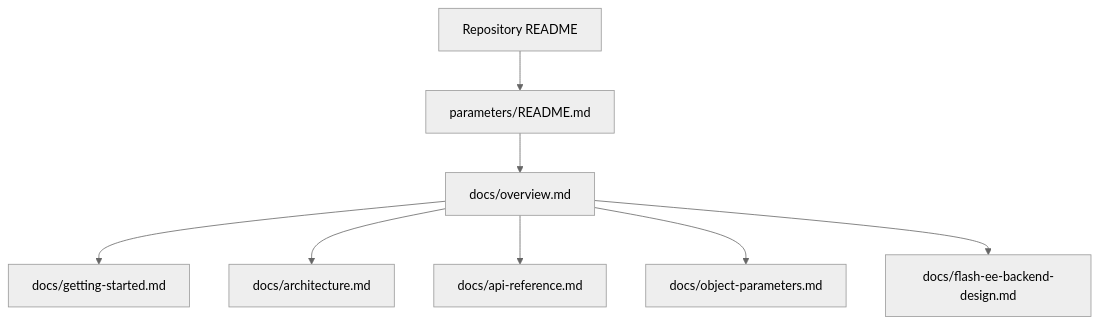
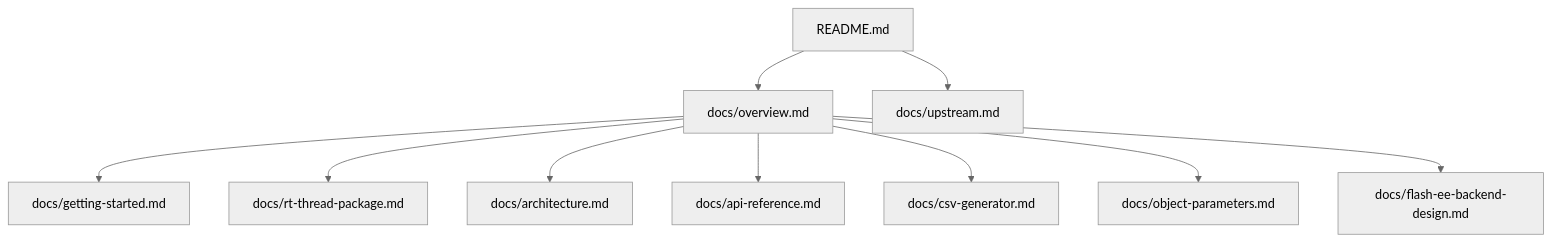
Before and after one commit to wdfk-prog/autogen_parameter_manager: the diagram in parameters/docs/overview.md, drawn with Mermaid (neutral theme). The commit also changed other lines of this file and 22 other files, not shown here.

````diff
--- a/parameters/docs/overview.md
+++ b/parameters/docs/overview.md
@@ -25,10 +34,12 @@
 ```mermaid
 flowchart TD
-    Root[Repository README] --> Module[parameters/README.md]
-    Module --> Overview[docs/overview.md]
+    Root[README.md] --> Overview[docs/overview.md]
+    Root --> Upstream[docs/upstream.md]
     Overview --> Start[docs/getting-started.md]
+    Overview --> RTT[docs/rt-thread-package.md]
     Overview --> Arch[docs/architecture.md]
     Overview --> API[docs/api-reference.md]
+    Overview --> CSV[docs/csv-generator.md]
     Overview --> Obj[docs/object-parameters.md]
     Overview --> Flash[docs/flash-ee-backend-design.md]
 ```
````
